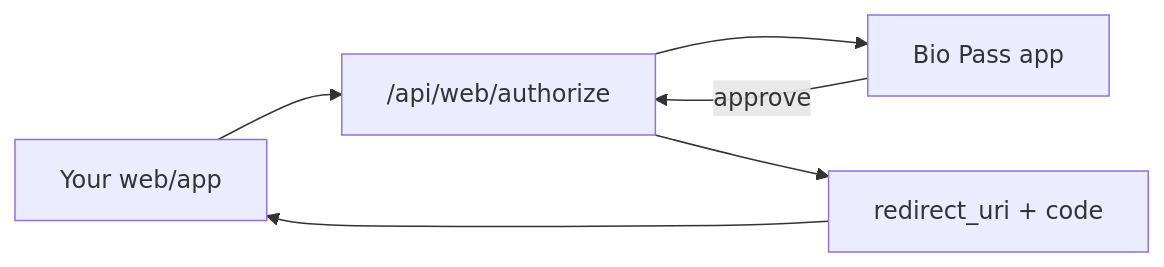
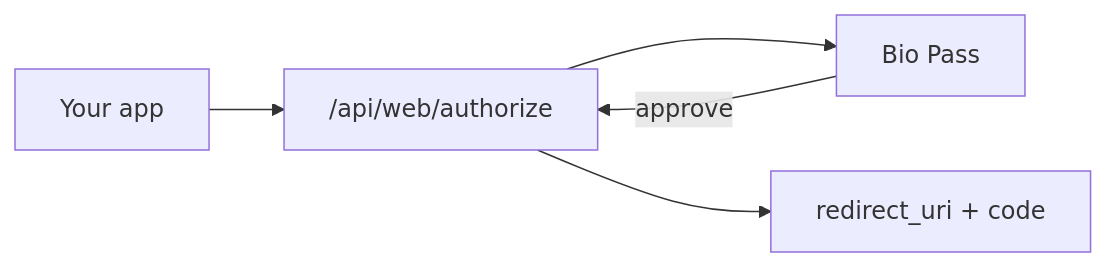
Before and after one commit to Fhwang0926/BioPass-Community: the diagram in README.md, drawn with Mermaid. The commit also changed other lines of this file and 33 other files, not shown here.

````diff
--- a/README.md
+++ b/README.md
@@ -167,8 +63,7 @@
 ```mermaid
 flowchart LR
-  UserApp[Your web/app] --> Authorize["/api/web/authorize"]
-  Authorize --> Phone[Bio Pass app]
-  Phone -->|approve| Authorize
-  Authorize --> Redirect[redirect_uri + code]
-  Redirect --> UserApp
+  App[Your app] --> Auth["/api/web/authorize"]
+  Auth --> Phone[Bio Pass]
+  Phone -->|approve| Auth
+  Auth --> Code[redirect_uri + code]
 ```
````
